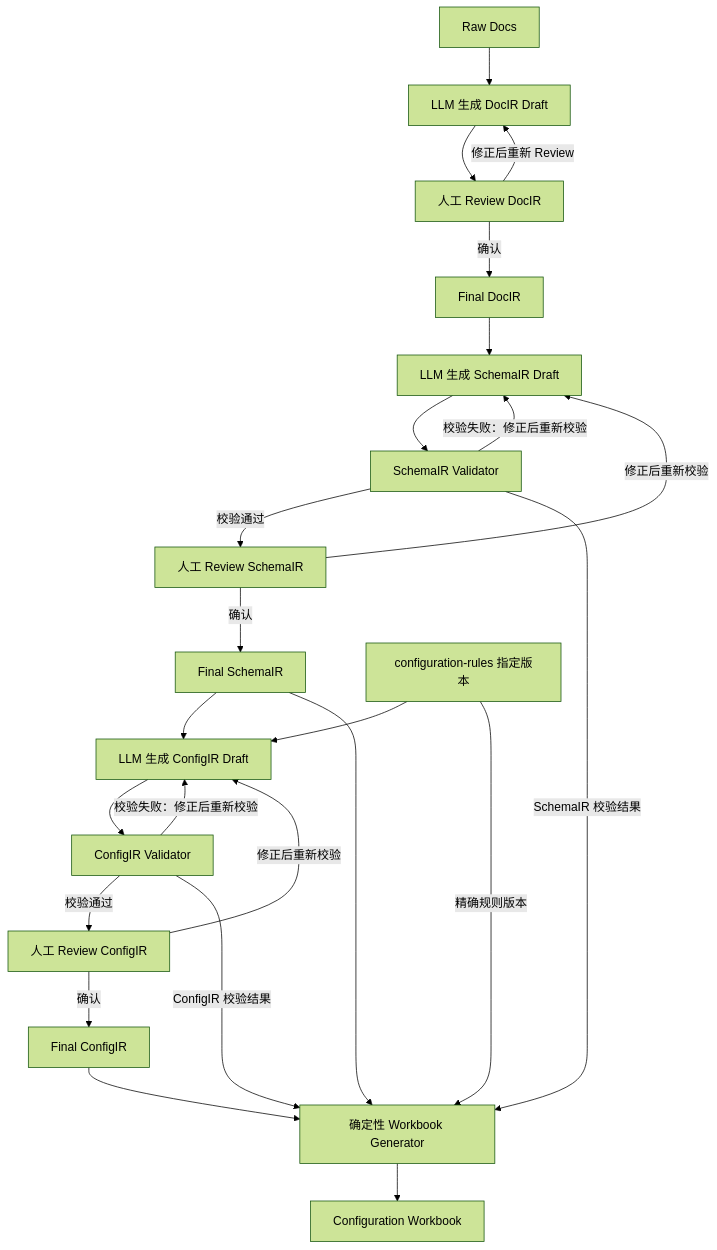
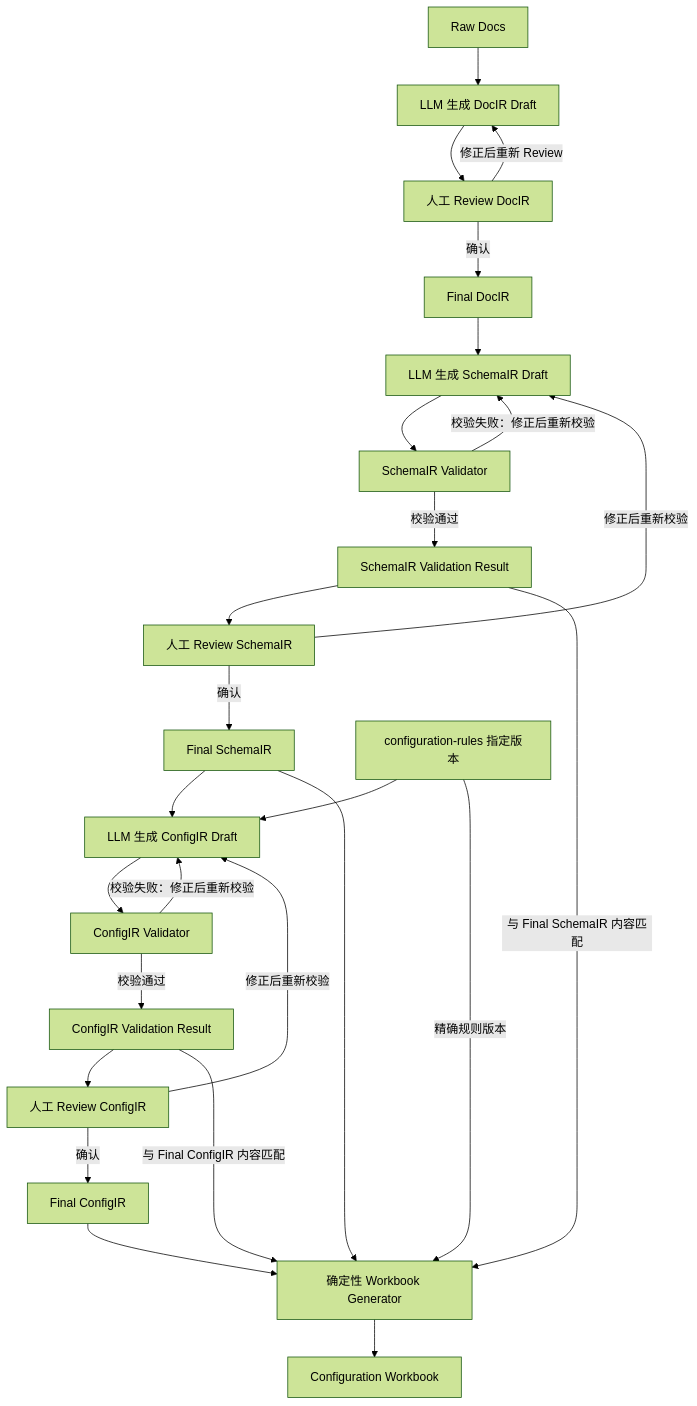
Before and after one commit to bank-config-compiler/bank-config-compiler: the diagram in docs/01-requirements.md, drawn with Mermaid (forest theme). The commit also changed 1 other file, not shown here.

Commit message:
docs: 对齐可信流程与系统数据流
由 Requirements 唯一定义 Draft、校验、Review 和重新校验生命周期，并将 System Overview 收敛为组件与 artifact 数据流，避免两张流程图继续漂移。

````diff
--- a/docs/01-requirements.md
+++ b/docs/01-requirements.md
@@ -104,29 +104,31 @@
 ```mermaid
 flowchart TD
     A["Raw Docs"] --> B["LLM 生成 DocIR Draft"]
     B --> C["人工 Review DocIR"]
     C -->|"修正后重新 Review"| B
     C -->|"确认"| D["Final DocIR"]
 
     D --> E["LLM 生成 SchemaIR Draft"]
     E --> F["SchemaIR Validator"]
     F -->|"校验失败：修正后重新校验"| E
-    F -->|"校验通过"| G["人工 Review SchemaIR"]
+    F -->|"校验通过"| SV["SchemaIR Validation Result"]
+    SV --> G["人工 Review SchemaIR"]
     G -->|"修正后重新校验"| E
     G -->|"确认"| H["Final SchemaIR"]
 
     H --> I["LLM 生成 ConfigIR Draft"]
     R["configuration-rules 指定版本"] --> I
     I --> J["ConfigIR Validator"]
     J -->|"校验失败：修正后重新校验"| I
-    J -->|"校验通过"| K["人工 Review ConfigIR"]
+    J -->|"校验通过"| CV["ConfigIR Validation Result"]
+    CV --> K["人工 Review ConfigIR"]
     K -->|"修正后重新校验"| I
     K -->|"确认"| L["Final ConfigIR"]
 
     H --> M["确定性 Workbook Generator"]
     L --> M
-    F -->|"SchemaIR 校验结果"| M
-    J -->|"ConfigIR 校验结果"| M
+    SV -->|"与 Final SchemaIR 内容匹配"| M
+    CV -->|"与 Final ConfigIR 内容匹配"| M
     R -->|"精确规则版本"| M
     M --> N["Configuration Workbook"]
 ```
````
